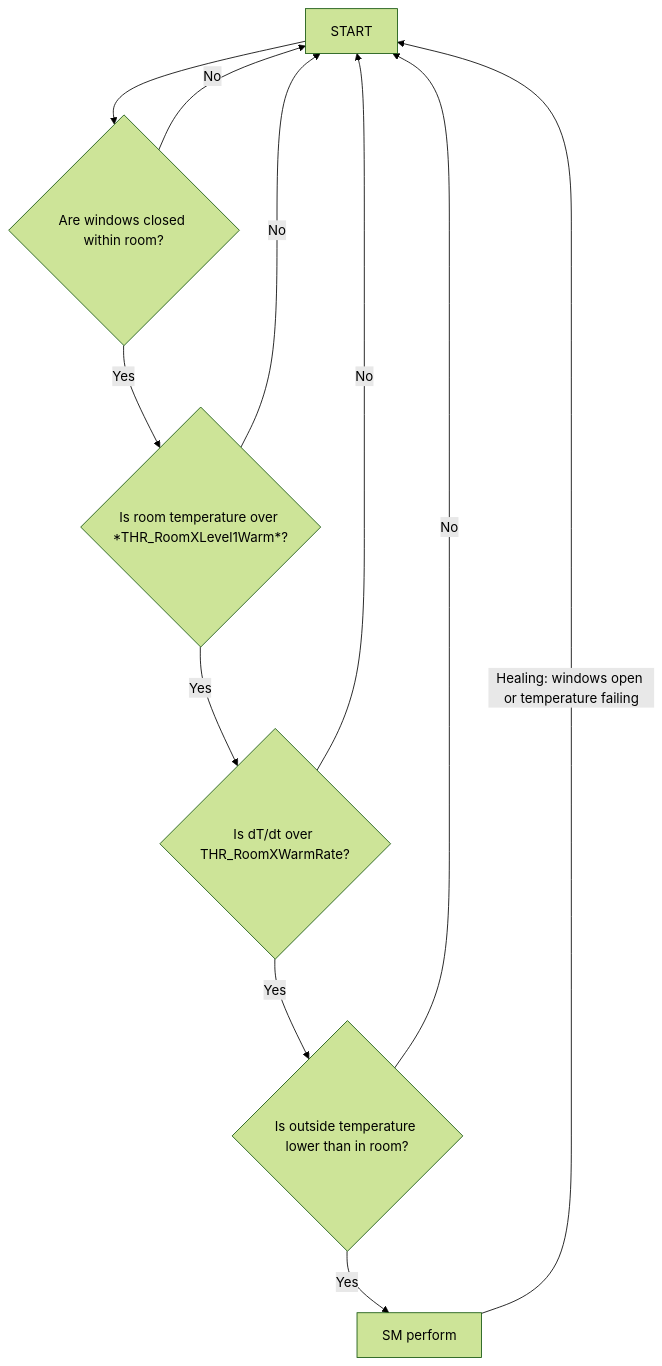
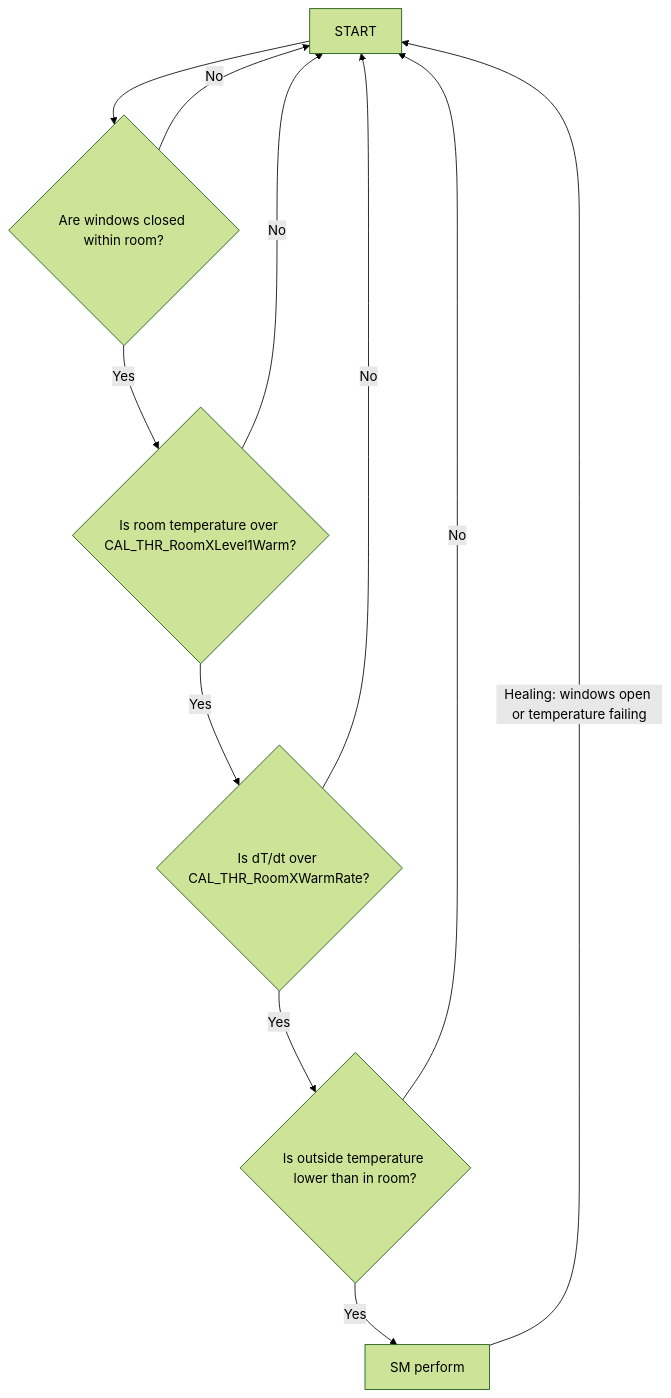
The third of 18 diagrams in SafetyConcept/SafetyConcept copy - SYS.md (Arkaqius/SafetyComponent), drawn with Mermaid (forest theme) before and after one commit. The commit also changed other lines of this file, not shown here.

````diff
--- a/SafetyConcept/SafetyConcept copy - SYS.md
+++ b/SafetyConcept/SafetyConcept copy - SYS.md
@@ -195,13 +206,13 @@
 ```mermaid
 flowchart TD
     A[START] -->| | B{Are windows closed within room?}
     B -->|No| A
-    B -->|Yes| C{Is room temperature over *THR_RoomXLevel1Warm*?}
+    B -->|Yes| C{Is room temperature over CAL_THR_RoomXLevel1Warm?}
     C -->|No| A
-    C -->|Yes| D{Is dT/dt over THR_RoomXWarmRate?}
+    C -->|Yes| D{Is dT/dt over CAL_THR_RoomXWarmRate?}
     D -->|Yes| E{Is outside temperature lower than in room?}
     D  -->|No| A
     E -->|No| A
     E -->|Yes| F[SM perform ]
     F -->|Healing: windows open or temperature failing| A
 ```
````
